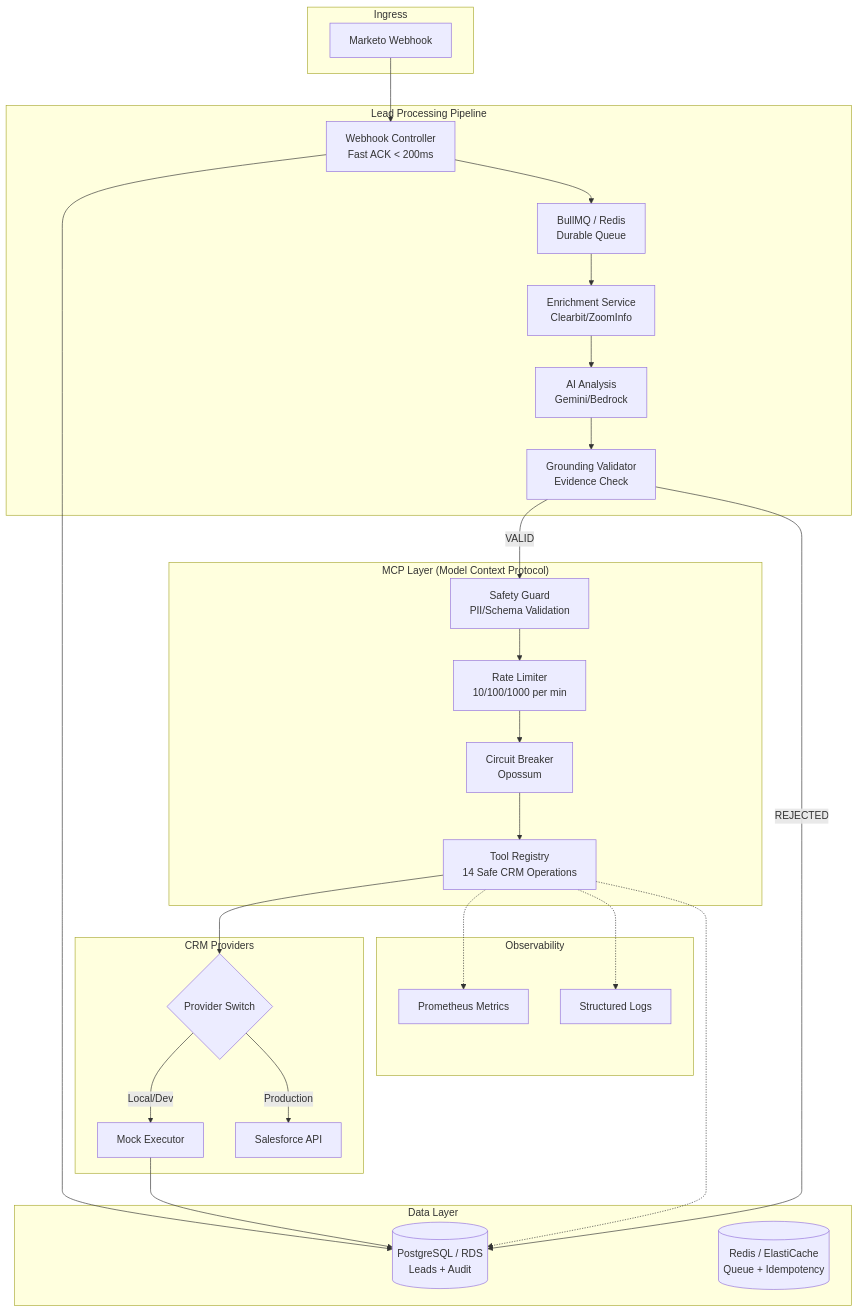
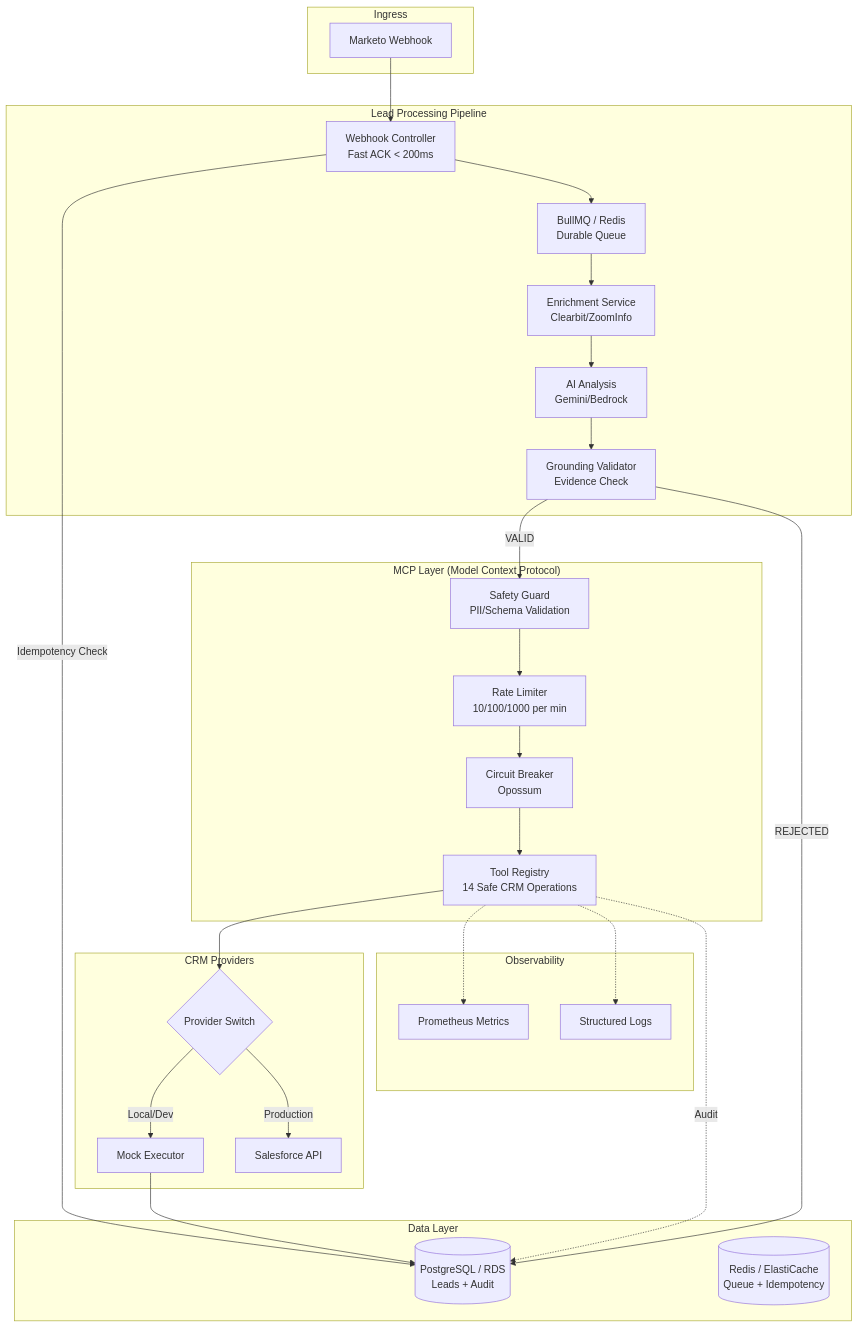
The first of 2 diagrams in README.md (sphoortimirji5/Lead-to-Revenue-Catalyst), drawn with Mermaid before and after one commit. The commit also changed other lines of this file, not shown here.

Commit message:
Clarify idempotency and rejection points in README

````diff
--- a/README.md
+++ b/README.md
@@ -38,56 +38,56 @@
 ```mermaid
 flowchart TB
     subgraph Ingress["Ingress"]
         M[Marketo Webhook]
     end
 
     subgraph Pipeline["Lead Processing Pipeline"]
         C[Webhook Controller<br/>Fast ACK < 200ms]
         Q[BullMQ / Redis<br/>Durable Queue]
         E[Enrichment Service<br/>Clearbit/ZoomInfo]
         AI[AI Analysis<br/>Gemini/Bedrock]
         G[Grounding Validator<br/>Evidence Check]
     end
 
     subgraph MCP["MCP Layer (Model Context Protocol)"]
         S[Safety Guard<br/>PII/Schema Validation]
         R[Rate Limiter<br/>10/100/1000 per min]
         CB[Circuit Breaker<br/>Opossum]
         T[Tool Registry<br/>14 Safe CRM Operations]
     end
 
     subgraph Storage["Data Layer"]
         DB[(PostgreSQL / RDS<br/>Leads + Audit)]
         REDIS[(Redis / ElastiCache<br/>Queue + Idempotency)]
     end
 
     subgraph CRM["CRM Providers"]
         P{Provider Switch}
         MOCK[Mock Executor]
         SF[Salesforce API]
     end
 
     subgraph Observability["Observability"]
         MET[Prometheus Metrics]
         LOG[Structured Logs]
     end
 
     M --> C
-    C --> DB
+    C -->|Idempotency Check| DB
     C --> Q
     Q --> E
     E --> AI
     AI --> G
     G -->|VALID| S
     G -->|REJECTED| DB
     S --> R
     R --> CB
     CB --> T
     T --> P
     P -->|Local/Dev| MOCK
     P -->|Production| SF
     MOCK --> DB
     T -.-> MET
     T -.-> LOG
-    T -.-> DB
+    T -.->|Audit| DB
 ```
````
